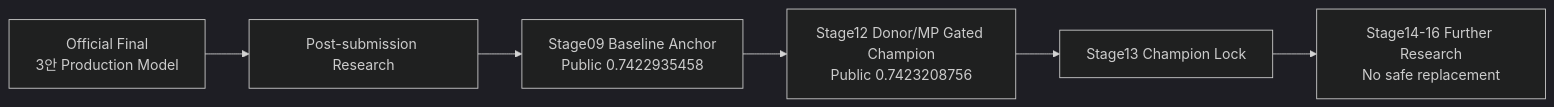
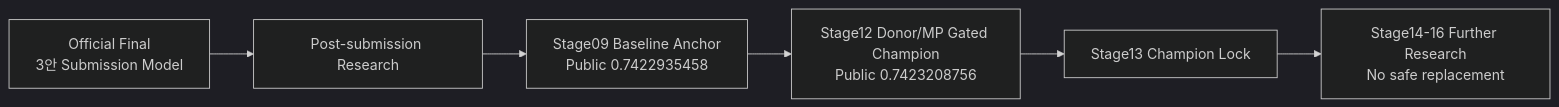
One commit to nanimnoworry/PSP changed the second of 2 diagrams in docs/model_lineage.md. Above: the diagram before and after it, drawn with Mermaid (dark theme). The commit also changed other lines of this file, not shown here.

Commit message:
docs: remove production deployment ambiguity

````diff
--- a/docs/model_lineage.md
+++ b/docs/model_lineage.md
@@ -93,11 +93,11 @@
 ```mermaid
 flowchart LR
-    F[Official Final<br/>3안 Production Model]
+    F[Official Final<br/>3안 Submission Model]
     R[Post-submission Research]
     S9[Stage09 Baseline Anchor<br/>Public 0.7422935458]
     S12[Stage12 Donor/MP Gated Champion<br/>Public 0.7423208756]
     L[Stage13 Champion Lock]
     N[Stage14-16 Further Research<br/>No safe replacement]
 
     F --> R --> S9 --> S12 --> L --> N
 ```
````
